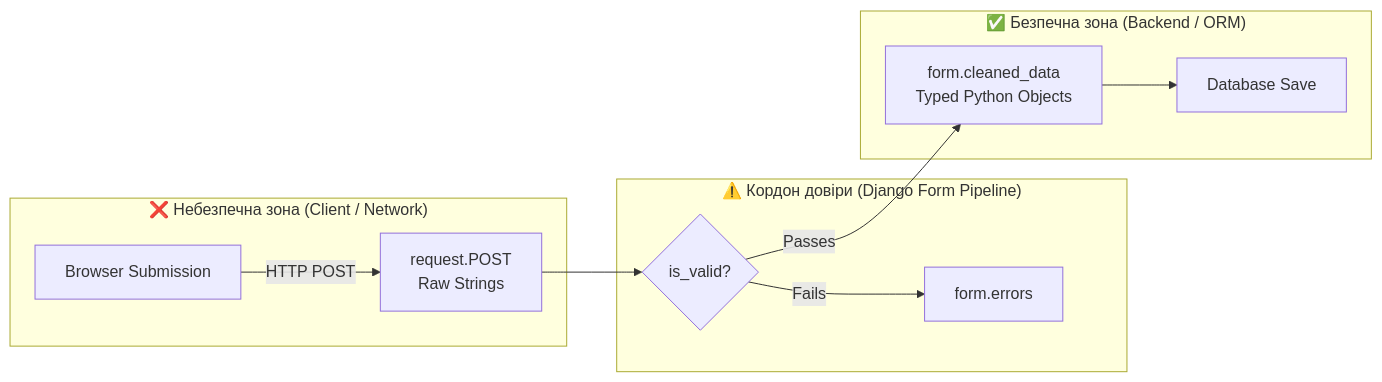
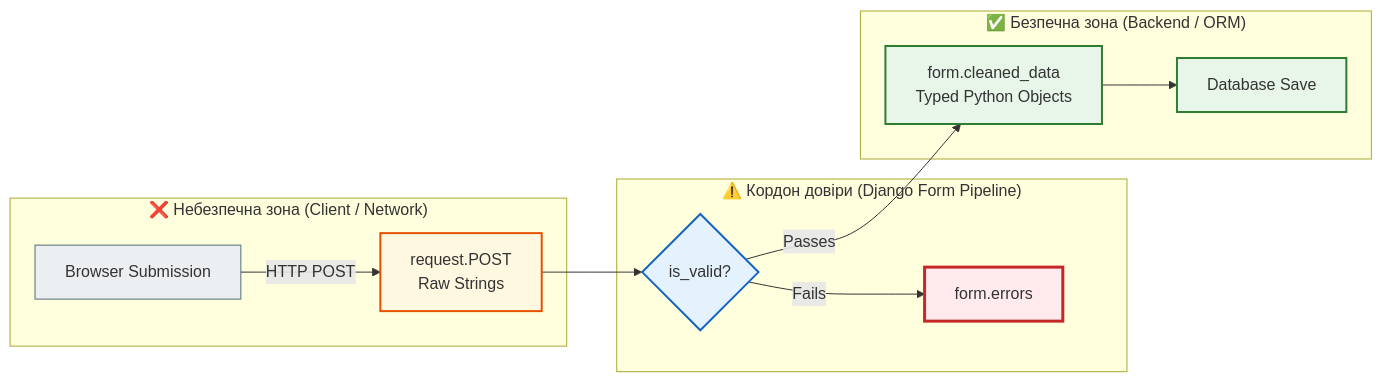
One commit to NikoriakViktot/notes_chat_app changed diagram 12 of 12 in docs/04_forms_and_validation/django_forms_full.md. Above: the diagram before and after it, drawn with Mermaid. The commit also changed other lines of this file and 441 other files, not shown here.

First line of the commit message:
Add English version of the book, Mermaid standard, docs fixes

````diff
--- a/docs/04_forms_and_validation/django_forms_full.md
+++ b/docs/04_forms_and_validation/django_forms_full.md
@@ -1189,16 +1271,27 @@
 ```mermaid
 graph LR
     subgraph Untrusted["❌ Небезпечна зона (Client / Network)"]
-        A[Browser Submission] -->|HTTP POST| B["request.POST\nRaw Strings"]
+        A[Browser Submission] -->|HTTP POST| B["request.POST<br>Raw Strings"]
     end
 
     subgraph Boundary["⚠️ Кордон довіри (Django Form Pipeline)"]
         B --> C{is_valid?}
         C -- Fails --> D[form.errors]
     end
 
     subgraph Trusted["✅ Безпечна зона (Backend / ORM)"]
-        C -- Passes --> E["form.cleaned_data\nTyped Python Objects"]
+        C -- Passes --> E["form.cleaned_data<br>Typed Python Objects"]
         E --> F[Database Save]
     end
+
+    classDef step     fill:#eceff1,stroke:#546e7a,stroke-width:1px;
+    classDef decision fill:#e3f2fd,stroke:#1565c0,stroke-width:2px;
+    classDef success  fill:#e8f5e9,stroke:#2e7d32,stroke-width:2px;
+    classDef error    fill:#ffebee,stroke:#c62828,stroke-width:3px;
+    classDef warning  fill:#fff8e1,stroke:#e65100,stroke-width:2px;
+    class A step;
+    class C decision;
+    class E,F success;
+    class D error;
+    class B warning;
 ```
````
